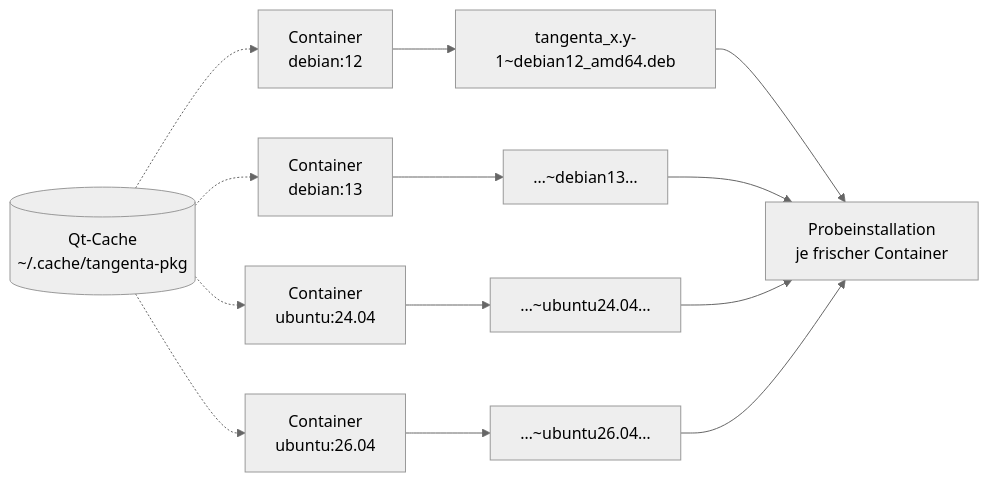
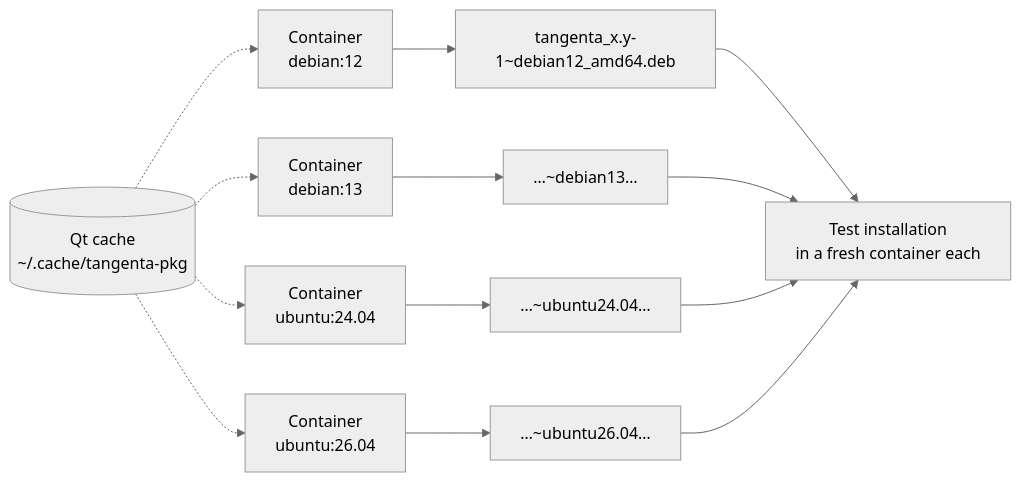
The fourth of 4 diagrams in BUILD.md (roli8200/tangenta), drawn with Mermaid (neutral theme) before and after one commit. The commit also changed other lines of this file and 28 other files, not shown here.

````diff
--- a/BUILD.md
+++ b/BUILD.md
@@ -572,9 +571,9 @@
 ```mermaid
 flowchart LR
     c1[Container<br/>debian:12] --> d1[tangenta_x.y-1~debian12_amd64.deb]
     c2[Container<br/>debian:13] --> d2[…~debian13…]
     c3[Container<br/>ubuntu:24.04] --> d3[…~ubuntu24.04…]
     c4[Container<br/>ubuntu:26.04] --> d4[…~ubuntu26.04…]
-    q[(Qt-Cache<br/>~/.cache/tangenta-pkg)] -.-> c1 & c2 & c3 & c4
-    d1 & d2 & d3 & d4 --> p[Probeinstallation<br/>je frischer Container]
+    q[(Qt cache<br/>~/.cache/tangenta-pkg)] -.-> c1 & c2 & c3 & c4
+    d1 & d2 & d3 & d4 --> p[Test installation<br/>in a fresh container each]
 ```
````
